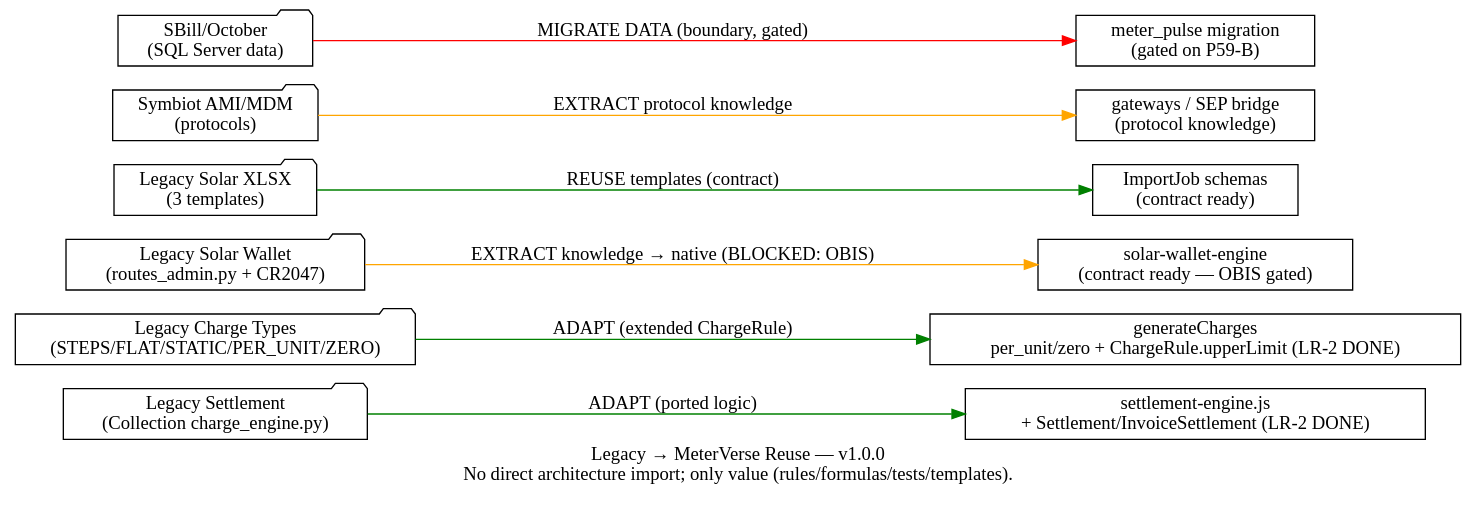
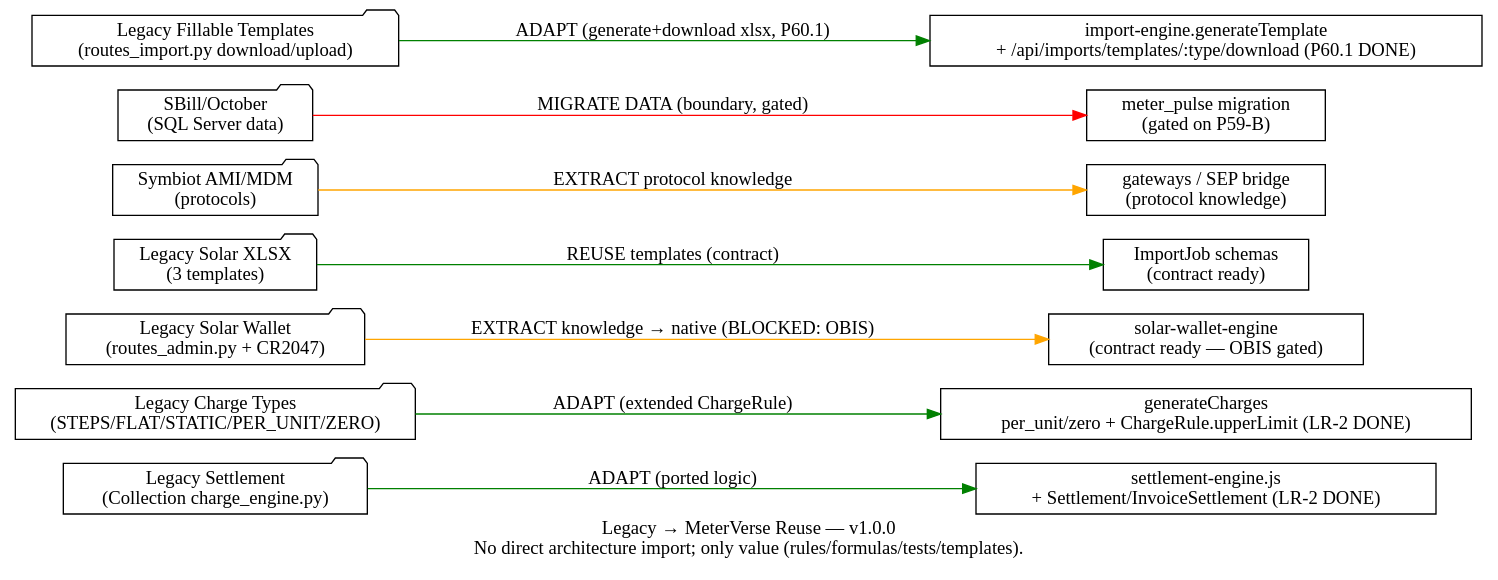
Before and after one commit to Kirllos360/MeterVerse: the diagram in docs/architecture/graph/LEGACY-REUSE.dot, drawn with Graphviz. The commit also changed 9 other files, not shown here.

First line of the commit message:
docs(p60.1): reuse matrix + system health gate + graph/speckit delta + failure register + governance

```diff
--- a/docs/architecture/graph/LEGACY-REUSE.dot
+++ b/docs/architecture/graph/LEGACY-REUSE.dot
@@ -1,29 +1,32 @@
 // LEGACY-REUSE graph — P59-C/LR-2A v1.0.0
 // LR-1/LR-2 recovered components → MeterVerse-native homes. Adaptation boundary only.
 digraph LegacyReuse {
   rankdir=LR;
   label="Legacy → MeterVerse Reuse — v1.0.0\nNo direct architecture import; only value (rules/formulas/tests/templates).";
 
   node [shape=folder fillcolor="#fff1f0"];
   L_SETTLE [label="Legacy Settlement\n(Collection charge_engine.py)"];
   L_CHARGE [label="Legacy Charge Types\n(STEPS/FLAT/STATIC/PER_UNIT/ZERO)"];
   L_SOLAR [label="Legacy Solar Wallet\n(routes_admin.py + CR2047)"];
   L_EXCEL [label="Legacy Solar XLSX\n(3 templates)"];
   L_SYMB [label="Symbiot AMI/MDM\n(protocols)"];
   L_SBILL [label="SBill/October\n(SQL Server data)"];
+  L_TEMPLATE [label="Legacy Fillable Templates\n(routes_import.py download/upload)"];
 
   node [shape=box fillcolor="#e0f2fe"];
   M_SETTLE [label="settlement-engine.js\n+ Settlement/InvoiceSettlement (LR-2 DONE)"];
   M_CHARGE [label="generateCharges\nper_unit/zero + ChargeRule.upperLimit (LR-2 DONE)"];
   M_SOLAR [label="solar-wallet-engine\n(contract ready — OBIS gated)"];
   M_EXCEL [label="ImportJob schemas\n(contract ready)"];
   M_SYMB [label="gateways / SEP bridge\n(protocol knowledge)"];
   M_SBILL [label="meter_pulse migration\n(gated on P59-B)"];
+  M_TEMPLATE [label="import-engine.generateTemplate\n+ /api/imports/templates/:type/download (P60.1 DONE)"];
 
   L_SETTLE -> M_SETTLE [label="ADAPT (ported logic)" color=green];
   L_CHARGE -> M_CHARGE [label="ADAPT (extended ChargeRule)" color=green];
   L_SOLAR -> M_SOLAR [label="EXTRACT knowledge → native (BLOCKED: OBIS)" color=orange];
   L_EXCEL -> M_EXCEL [label="REUSE templates (contract)" color=green];
   L_SYMB -> M_SYMB [label="EXTRACT protocol knowledge" color=orange];
   L_SBILL -> M_SBILL [label="MIGRATE DATA (boundary, gated)" color=red];
+  L_TEMPLATE -> M_TEMPLATE [label="ADAPT (generate+download xlsx, P60.1)" color=green];
 }
```
